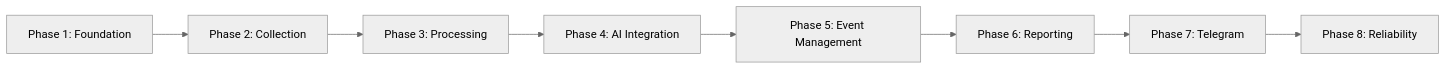
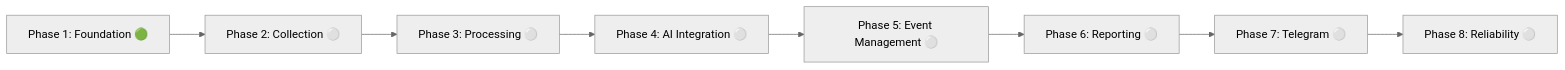
One commit to jkiani89/middle-east-news-bot changed the diagram in docs/ROADMAP.md. Above: the diagram before and after it, drawn with Mermaid (neutral theme). The commit also changed other lines of this file and 21 other files, not shown here.

Commit message:
feat(phase-1): complete project foundation with alembic, safe config, and test suite

````diff
--- a/docs/ROADMAP.md
+++ b/docs/ROADMAP.md
@@ -9,10 +9,10 @@
 ```mermaid
 flowchart LR
-    P1[Phase 1: Foundation] --> P2[Phase 2: Collection]
-    P2 --> P3[Phase 3: Processing]
-    P3 --> P4[Phase 4: AI Integration]
-    P4 --> P5[Phase 5: Event Management]
-    P5 --> P6[Phase 6: Reporting]
-    P6 --> P7[Phase 7: Telegram]
-    P7 --> P8[Phase 8: Reliability]
+    P1[Phase 1: Foundation 🟢] --> P2[Phase 2: Collection ⚪]
+    P2 --> P3[Phase 3: Processing ⚪]
+    P3 --> P4[Phase 4: AI Integration ⚪]
+    P4 --> P5[Phase 5: Event Management ⚪]
+    P5 --> P6[Phase 6: Reporting ⚪]
+    P6 --> P7[Phase 7: Telegram ⚪]
+    P7 --> P8[Phase 8: Reliability ⚪]
 ```
````
